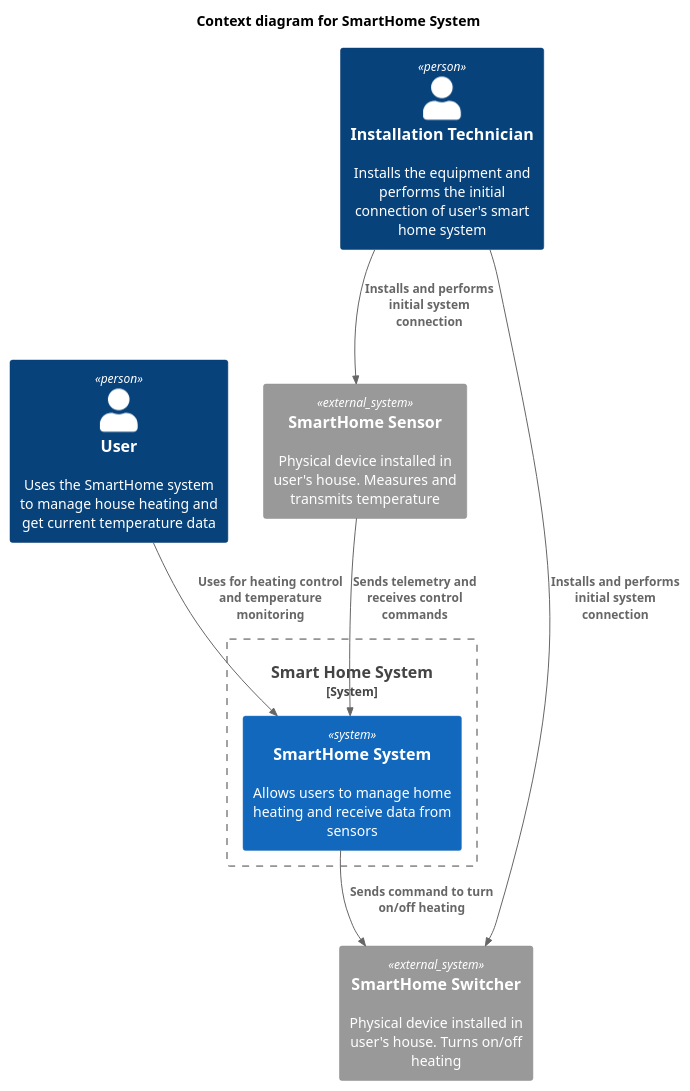
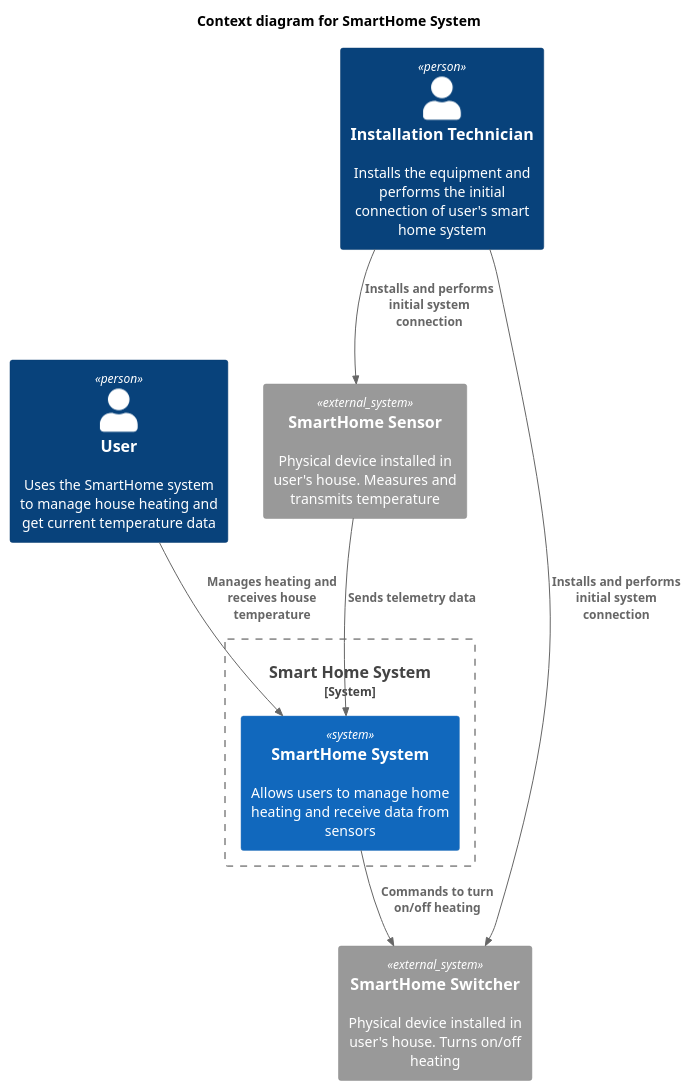
One commit to mayflowwer/architecture-warmhouse changed the diagram in diagrams/diagrams_as_is/context/context_diagram.puml. Above: the diagram before and after it, drawn with PlantUML. The commit also changed 4 other files, not shown here.

Commit message:
to_be_container_diagram.puml

```diff
--- a/diagrams/diagrams_as_is/context/context_diagram.puml
+++ b/diagrams/diagrams_as_is/context/context_diagram.puml
@@ -1,22 +1,22 @@
 @startuml context_diagram
 !include <C4/C4_Context.puml>
 
 title Context diagram for SmartHome System
 
 Person(user, "User", "Uses the SmartHome system to manage house heating and get current temperature data")
 Person(installationTechnician, "Installation Technician", "Installs the equipment and performs the initial connection of user's smart home system")
 
 System_Ext(switch, "SmartHome Switcher", "Physical device installed in user's house. Turns on/off heating")
 System_Ext(sensor, "SmartHome Sensor", "Physical device installed in user's house. Measures and transmits temperature")
 
 System_Boundary(system, "Smart Home System") {
     System(app, "SmartHome System", "Allows users to manage home heating and receive data from sensors")
 }
 
 Rel(installationTechnician, switch, "Installs and performs initial system connection")
 Rel(installationTechnician, sensor, "Installs and performs initial system connection")
-Rel(user, app, "Uses for heating control and temperature monitoring")
-Rel(app, switch, "Sends command to turn on/off heating")
-Rel(sensor, app, "Sends telemetry and receives control commands")
+Rel(user, app, "Manages heating and receives house temperature")
+Rel(app, switch, "Commands to turn on/off heating")
+Rel(sensor, app, "Sends telemetry data")
 
 @enduml
```
